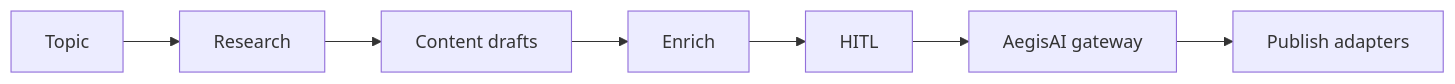
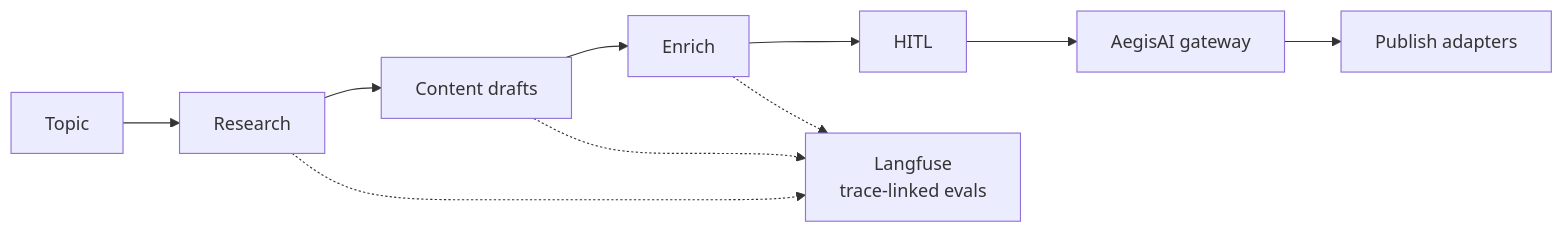
One commit to vpeetla-ai/ai-architecture-portfolio changed the diagram in case-studies/ai-content-factory.md. Above: the diagram before and after it, drawn with Mermaid. The commit also changed 8 other files, not shown here.

First line of the commit message:
Add trace-linked LLMOps layer to portfolio stack and case study diagrams.

````diff
--- a/case-studies/ai-content-factory.md
+++ b/case-studies/ai-content-factory.md
@@ -20,9 +20,10 @@
 ```mermaid
 flowchart LR
   T[Topic] --> R[Research]
   R --> C[Content drafts]
   C --> E[Enrich]
   E --> H[HITL]
   H --> G[AegisAI gateway]
   G --> P[Publish adapters]
+  R & C & E -.-> LF[Langfuse<br/>trace-linked evals]
 ```
````
